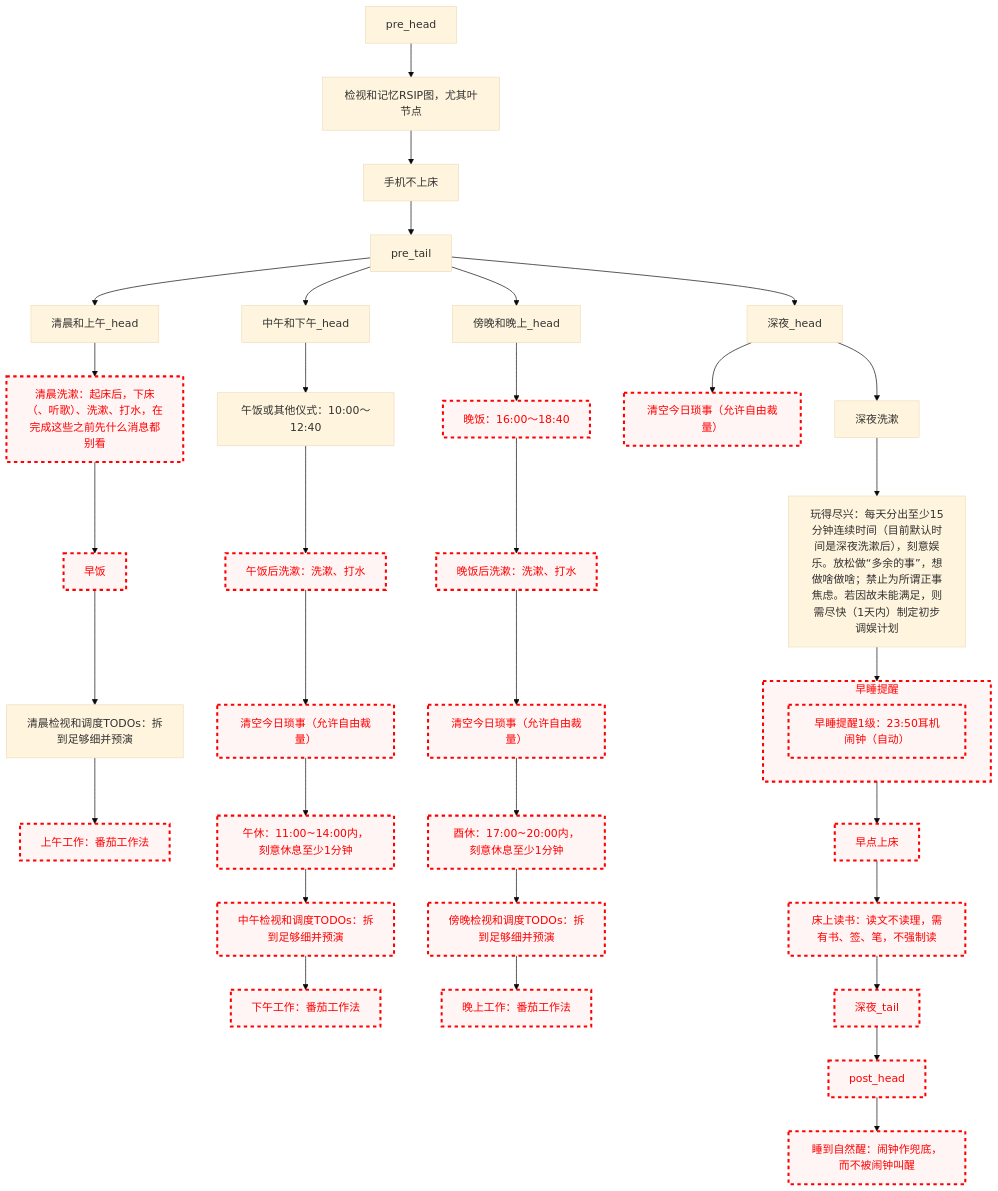
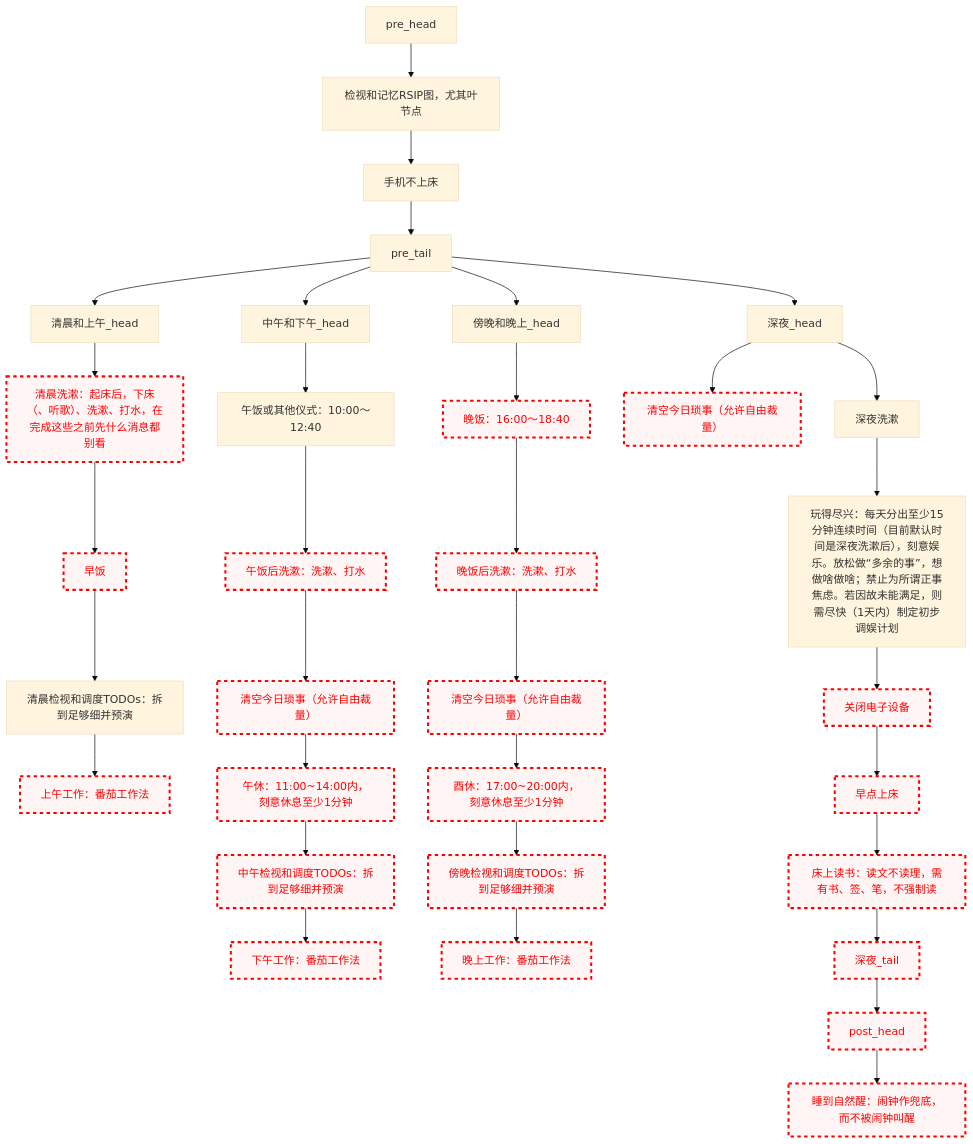
Before and after one commit to Ethkuil/RSIP-tree: the diagram in README.md, drawn with Mermaid (base theme).

Commit message:
refactor: 睡前提醒 --> 关闭电子设备

````diff
--- a/README.md
+++ b/README.md
@@ -21,72 +21,68 @@
 ```mermaid
 graph TD
 
 classDef failed stroke:#ff0000, stroke-width:3px, color:#ff0000, fill:#fff5f5, stroke-dasharray: 5
 
 pre_head --> RSIP[检视和记忆RSIP图，尤其叶节点]
 RSIP --> 手机不上床
 手机不上床 --> pre_tail
 
 
 pre_tail --> 清晨和上午_head
 清晨和上午_head --> 清晨洗漱
 清晨洗漱[清晨洗漱：起床后，下床（、听歌）、洗漱、打水，在完成这些之前先什么消息都别看]
 class 清晨洗漱 failed
 清晨洗漱 --> 早饭
 class 早饭 failed
 早饭 --> 清晨看TODO[清晨检视和调度TODOs：拆到足够细并预演]
 class 清晨看TODO failed.
 清晨看TODO --> 上午工作[上午工作：番茄工作法]
 class 上午工作 failed
 
 pre_tail --> 中午和下午_head
 中午和下午_head --> 午饭[午饭或其他仪式：10:00～12:40]
 午饭 --> 午饭后洗漱[午饭后洗漱：洗漱、打水]
 class 午饭后洗漱 failed
 午饭后洗漱 --> 中午今日琐事[清空今日琐事（允许自由裁量）]
 class 中午今日琐事 failed
 中午今日琐事 --> 午休[午休：11:00~14:00内，刻意休息至少1分钟]
 class 午休 failed
 午休 --> 中午看TODO[中午检视和调度TODOs：拆到足够细并预演]
 class 中午看TODO failed
 中午看TODO --> 下午工作[下午工作：番茄工作法]
 class 下午工作 failed
 
 pre_tail --> 傍晚和晚上_head
 傍晚和晚上_head --> 晚饭[晚饭：16:00～18:40]
 class 晚饭 failed
 晚饭 --> 晚饭后洗漱[晚饭后洗漱：洗漱、打水]
 class 晚饭后洗漱 failed
 晚饭后洗漱 --> 傍晚今日琐事[清空今日琐事（允许自由裁量）]
 class 傍晚今日琐事 failed
 傍晚今日琐事 --> 酉休[酉休：17:00~20:00内，刻意休息至少1分钟]
 class 酉休 failed
 酉休 --> 傍晚看TODO[傍晚检视和调度TODOs：拆到足够细并预演]
 class 傍晚看TODO failed
 傍晚看TODO --> 晚上工作[晚上工作：番茄工作法]
 class 晚上工作 failed
 
 pre_tail --> 深夜_head
 深夜_head --> 深夜今日琐事[清空今日琐事（允许自由裁量）]
 class 深夜今日琐事 failed
 深夜_head --> 深夜洗漱
 深夜洗漱 --> 玩得尽兴[玩得尽兴：每天分出至少15分钟连续时间（目前默认时间是深夜洗漱后），刻意娱乐。放松做“多余的事”，想做啥做啥；禁止为所谓正事焦虑。若因故未能满足，则需尽快（1天内）制定初步调娱计划]
-玩得尽兴 --> 早睡提醒
-subgraph 早睡提醒
-  早睡提醒1级[早睡提醒1级：23:50耳机闹钟（自动）]
-  class 早睡提醒1级 failed
-end
-class 早睡提醒 failed
-早睡提醒 --> 早点上床
+玩得尽兴 --> 关闭电子设备
+class 关闭电子设备 failed
+关闭电子设备 --> 早点上床
 class 早点上床 failed
 早点上床 --> 床上读书[床上读书：读文不读理，需有书、签、笔，不强制读]
 class 床上读书 failed
 床上读书 --> 深夜_tail
 class 深夜_tail failed
 
 
 深夜_tail --> post_head
 class post_head failed
 post_head --> 睡到自然醒[睡到自然醒：闹钟作兜底，而不被闹钟叫醒]
 class 睡到自然醒 failed
 ```
````
